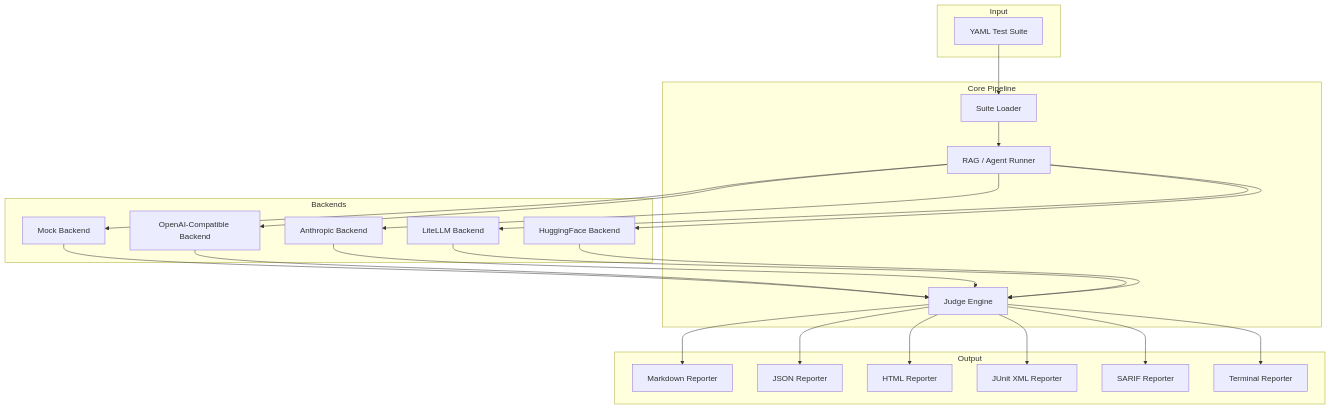
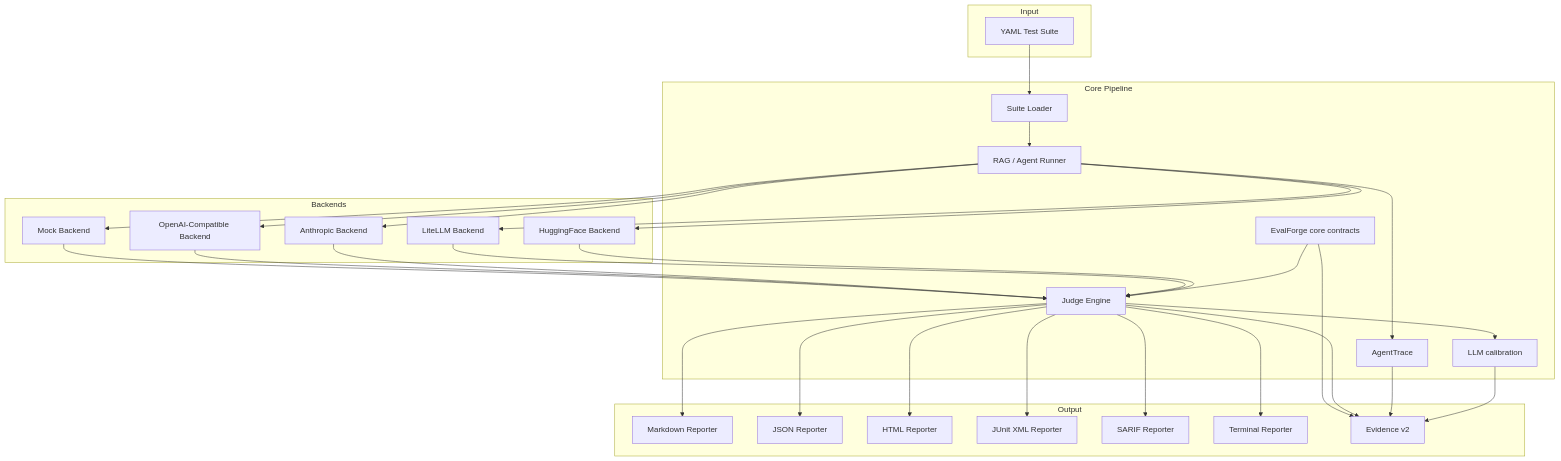
One commit to FishRaposo/evalforge changed the diagram in docs/ARCHITECTURE.md. Above: the diagram before and after it, drawn with Mermaid. The commit also changed other lines of this file and 56 other files, not shown here.

Commit message:
Expand EvalForge calibration traces and compatibility contracts

````diff
--- a/docs/ARCHITECTURE.md
+++ b/docs/ARCHITECTURE.md
@@ -7,48 +7,59 @@
 ```mermaid
 graph TB
     subgraph Input
         YAML[YAML Test Suite]
     end
 
     subgraph Core Pipeline
         Loader[Suite Loader]
         Runner[RAG / Agent Runner]
         Judge[Judge Engine]
+        Calibration[LLM calibration]
+        Trace[AgentTrace]
+        Compatibility[EvalForge core contracts]
     end
 
     subgraph Backends
         Mock[Mock Backend]
         OpenAI[OpenAI-Compatible Backend]
         Anthropic[Anthropic Backend]
         LiteLLM[LiteLLM Backend]
         HF[HuggingFace Backend]
     end
 
     subgraph Output
         MD[Markdown Reporter]
         JSON[JSON Reporter]
         HTML[HTML Reporter]
         JUnit[JUnit XML Reporter]
         SARIF[SARIF Reporter]
         Term[Terminal Reporter]
+        Evidence[Evidence v2]
     end
 
     YAML --> Loader
     Loader --> Runner
     Runner --> Mock
     Runner --> OpenAI
     Runner --> Anthropic
     Runner --> LiteLLM
     Runner --> HF
     Mock --> Judge
     OpenAI --> Judge
     Anthropic --> Judge
     LiteLLM --> Judge
     HF --> Judge
+    Judge --> Calibration
+    Runner --> Trace
+    Compatibility --> Judge
+    Compatibility --> Evidence
     Judge --> MD
     Judge --> JSON
     Judge --> HTML
     Judge --> JUnit
     Judge --> SARIF
     Judge --> Term
+    Judge --> Evidence
+    Trace --> Evidence
+    Calibration --> Evidence
 ```
````
